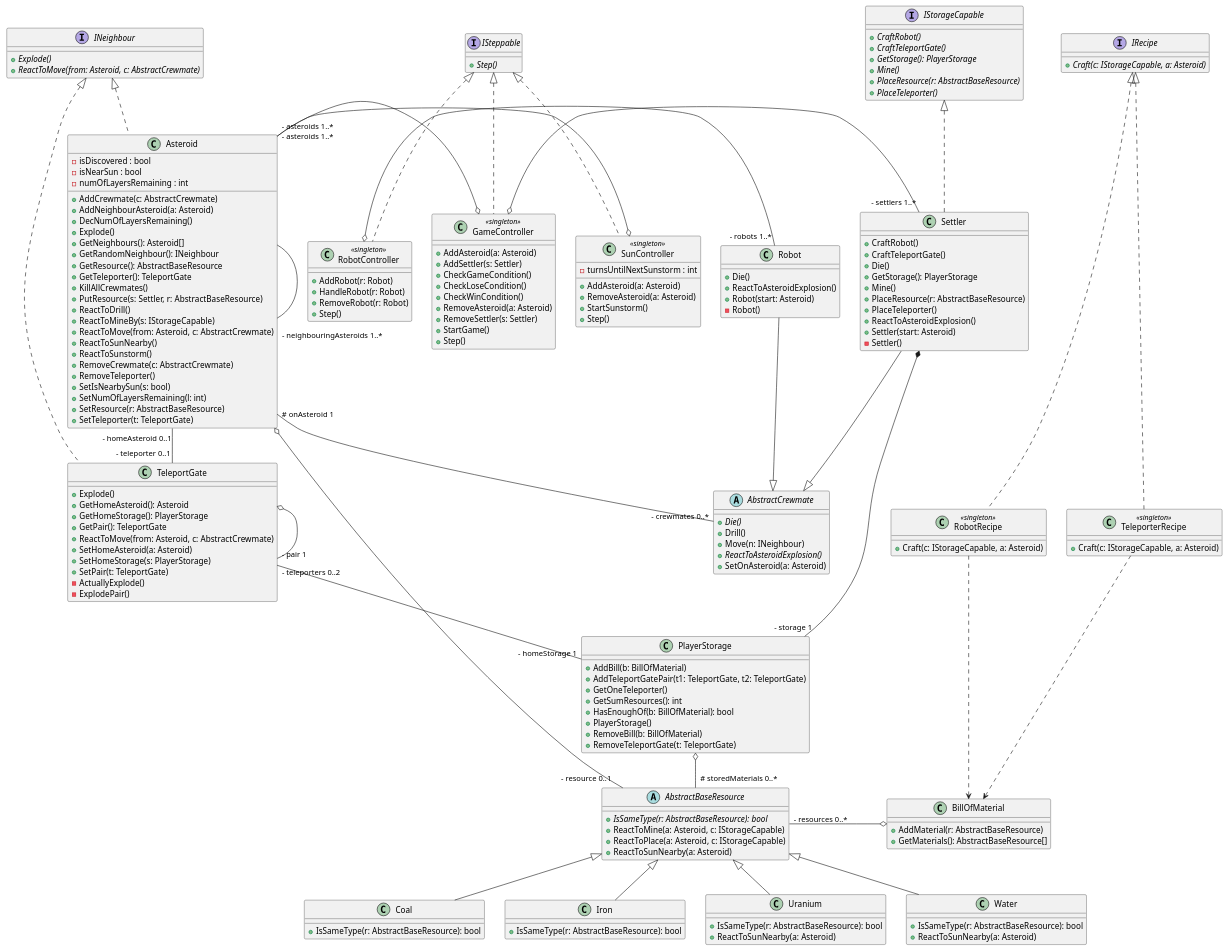
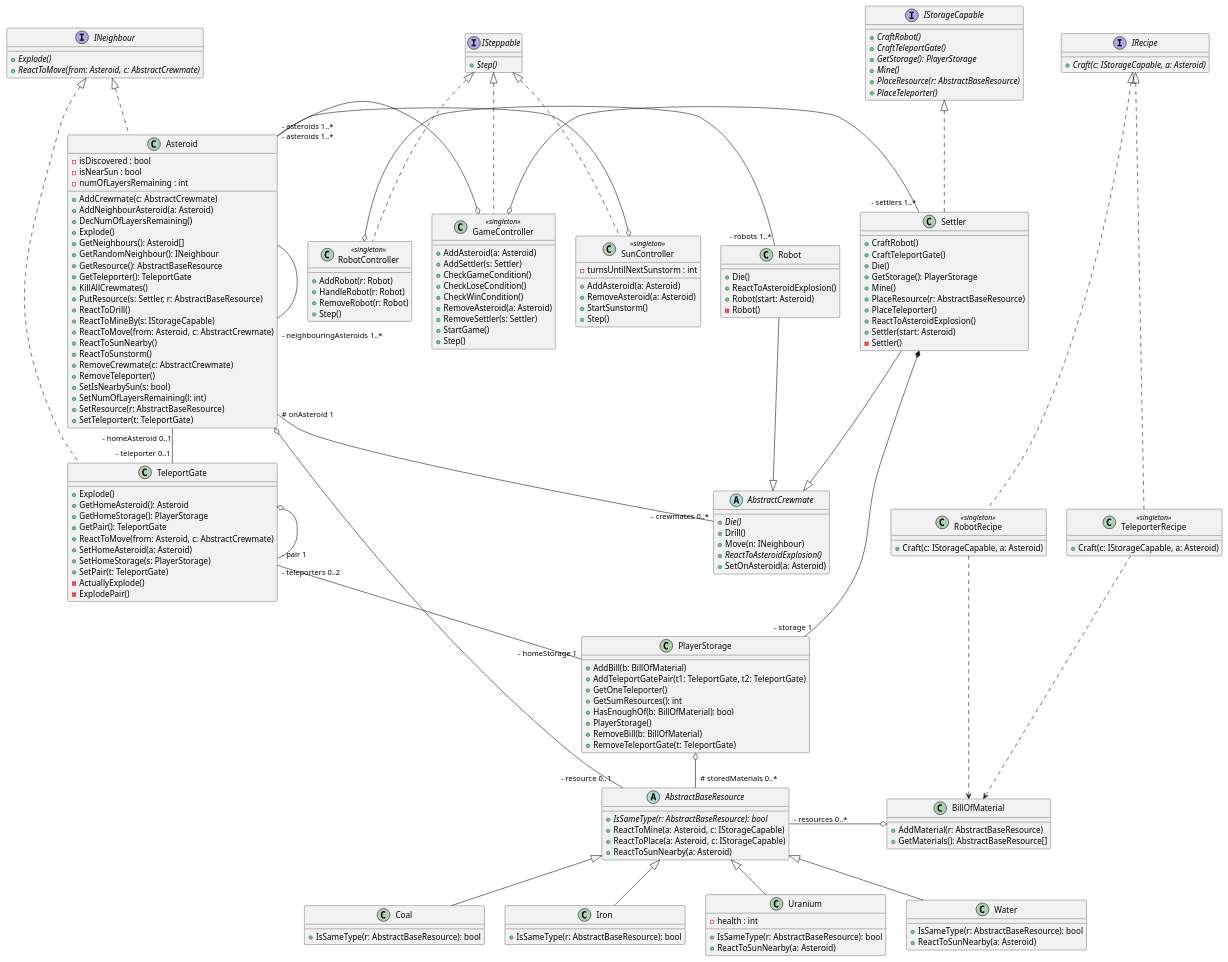
The diagram in uml/class_diagrams/class.plantuml (triszt4n/projlab_holy_oil), drawn with PlantUML before and after one commit. The commit also changed 4 other files, not shown here.

```diff
--- a/uml/class_diagrams/class.plantuml
+++ b/uml/class_diagrams/class.plantuml
@@ -151,6 +151,7 @@
 }
 
 class Uranium {
+  - health : int
   + IsSameType(r: AbstractBaseResource): bool
   + ReactToSunNearby(a: Asteroid)
 }
```
